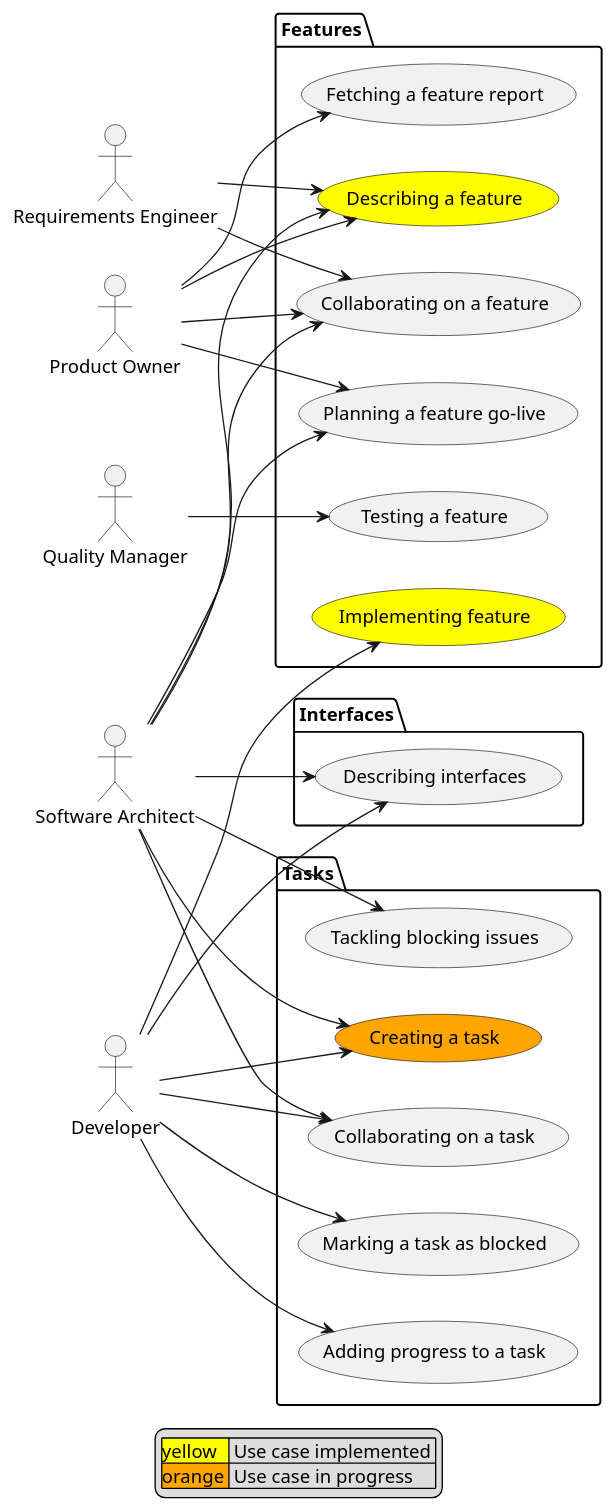
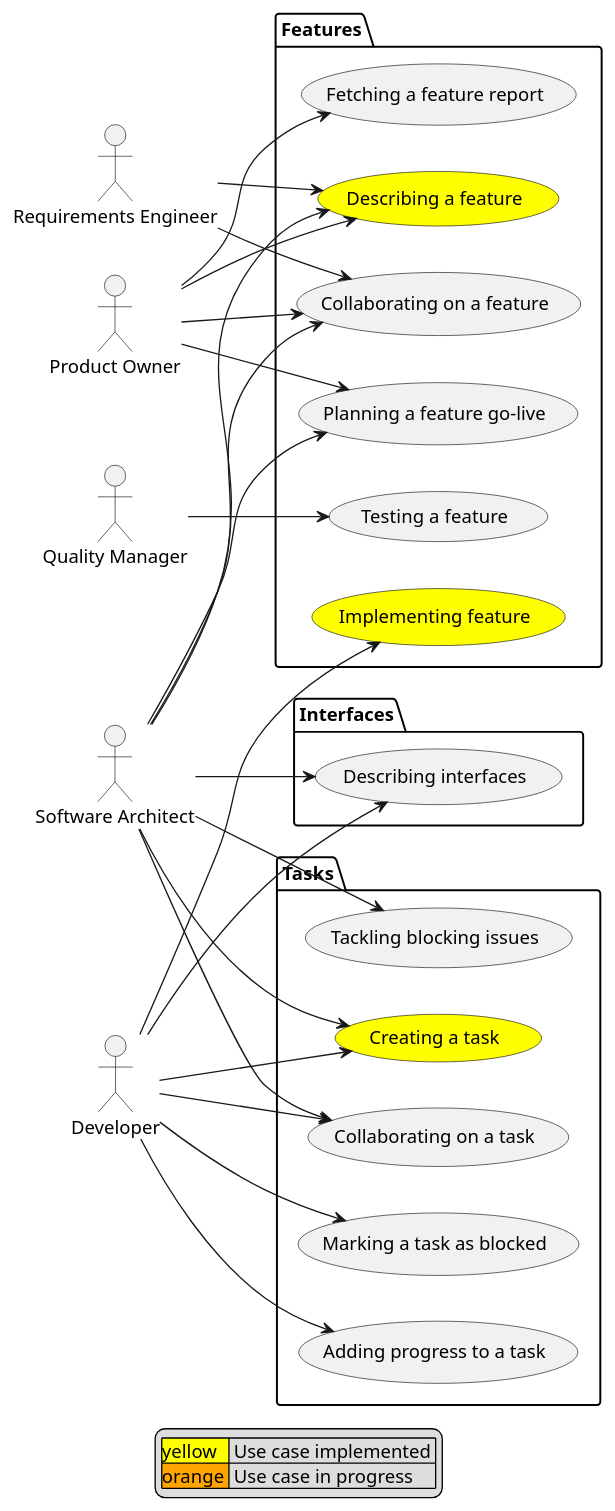
One commit to huberchrigu/give-me-features changed the diagram in docs/use-cases.plantuml. Above: the diagram before and after it, drawn with PlantUML. The commit also changed 21 other files, not shown here.

```diff
--- a/docs/use-cases.plantuml
+++ b/docs/use-cases.plantuml
@@ -1,66 +1,66 @@
 @startuml
 left to right direction
 
 :Developer:
 :Product Owner: as PO
 :Requirements Engineer: as RE
 :Software Architect: as Architect
 :Quality Manager: as QM
 
 package Features {
 (Describing a feature) as NewFeature #yellow
 (Implementing feature) as FeatureImplementation #yellow
 (Fetching a feature report) as Report
 (Planning a feature go-live) as GoLive
 (Collaborating on a feature) as CollabFeature
 (Testing a feature) as Testing
 }
 
 package Tasks {
-(Creating a task) as NewTask #orange
+(Creating a task) as NewTask #yellow
 (Adding progress to a task) as Progress
 (Marking a task as blocked) as Blocked
 (Tackling blocking issues) as Tackling
 (Collaborating on a task) as CollabTask
 }
 package Interfaces {
 (Describing interfaces) as NewInterface
 }
 
 RE --> NewFeature
 Architect --> NewFeature
 PO --> NewFeature
 
 Developer --> FeatureImplementation
 Developer --> NewTask
 Architect --> NewTask
 
 Developer --> Progress
 
 Developer --> Blocked
 
 PO --> Report
 
 Architect --> Tackling
 
 Architect --> GoLive
 PO --> GoLive
 
 Architect --> NewInterface
 Developer --> NewInterface
 
 RE --> CollabFeature
 Architect --> CollabFeature
 PO --> CollabFeature
 
 Architect --> CollabTask
 Developer --> CollabTask
 
 QM --> Testing
 
 legend
   | <#yellow>yellow  | Use case implemented |
   | <#orange>orange | Use case in progress |
 end legend
 
 @enduml
```
